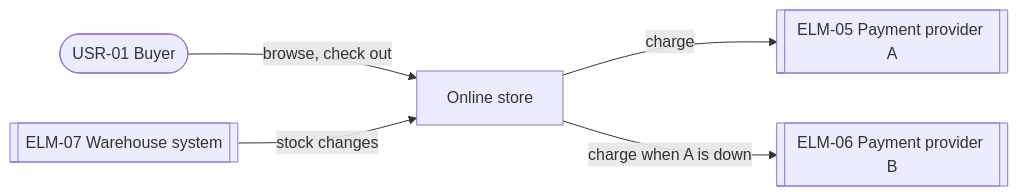
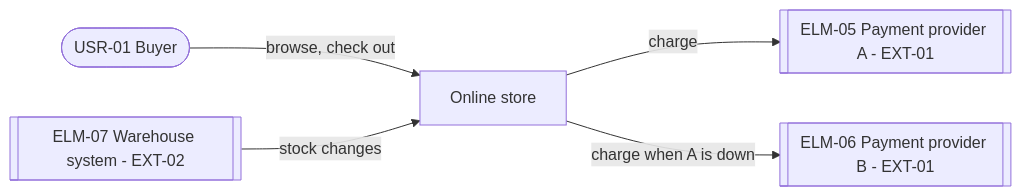
The diagram in skills/architecture-drivers-to-architecture/references/views.md (Taro000/req-to-design), drawn with Mermaid before and after one commit. The commit also changed other lines of this file and 40 other files, not shown here.

````diff
--- a/skills/architecture-drivers-to-architecture/references/views.md
+++ b/skills/architecture-drivers-to-architecture/references/views.md
@@ -19,12 +19,12 @@
 ```mermaid
 flowchart LR
   buyer([USR-01 Buyer])
   store[Online store]
-  pa[[ELM-05 Payment provider A]]
-  pb[[ELM-06 Payment provider B]]
-  wh[[ELM-07 Warehouse system]]
+  pa[[ELM-05 Payment provider A - EXT-01]]
+  pb[[ELM-06 Payment provider B - EXT-01]]
+  wh[[ELM-07 Warehouse system - EXT-02]]
   buyer -- browse, check out --> store
   store -- charge --> pa
   store -- charge when A is down --> pb
   wh -- stock changes --> store
 ```
````
